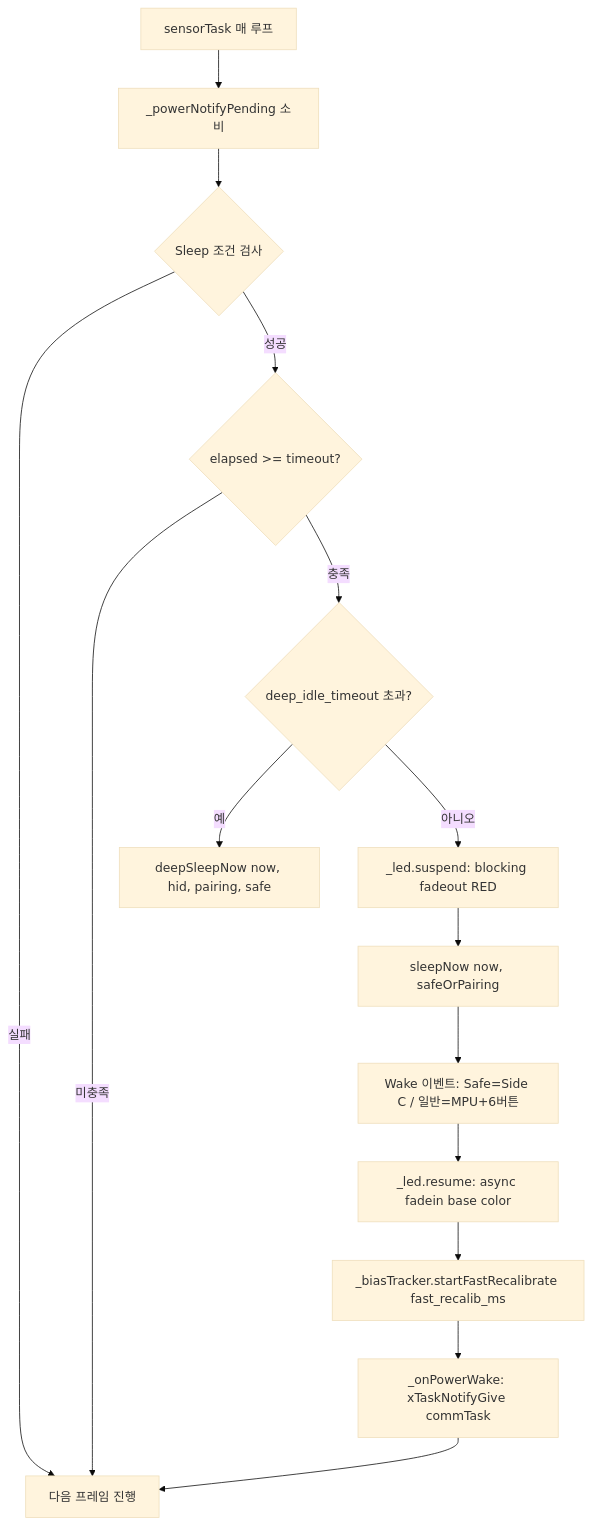
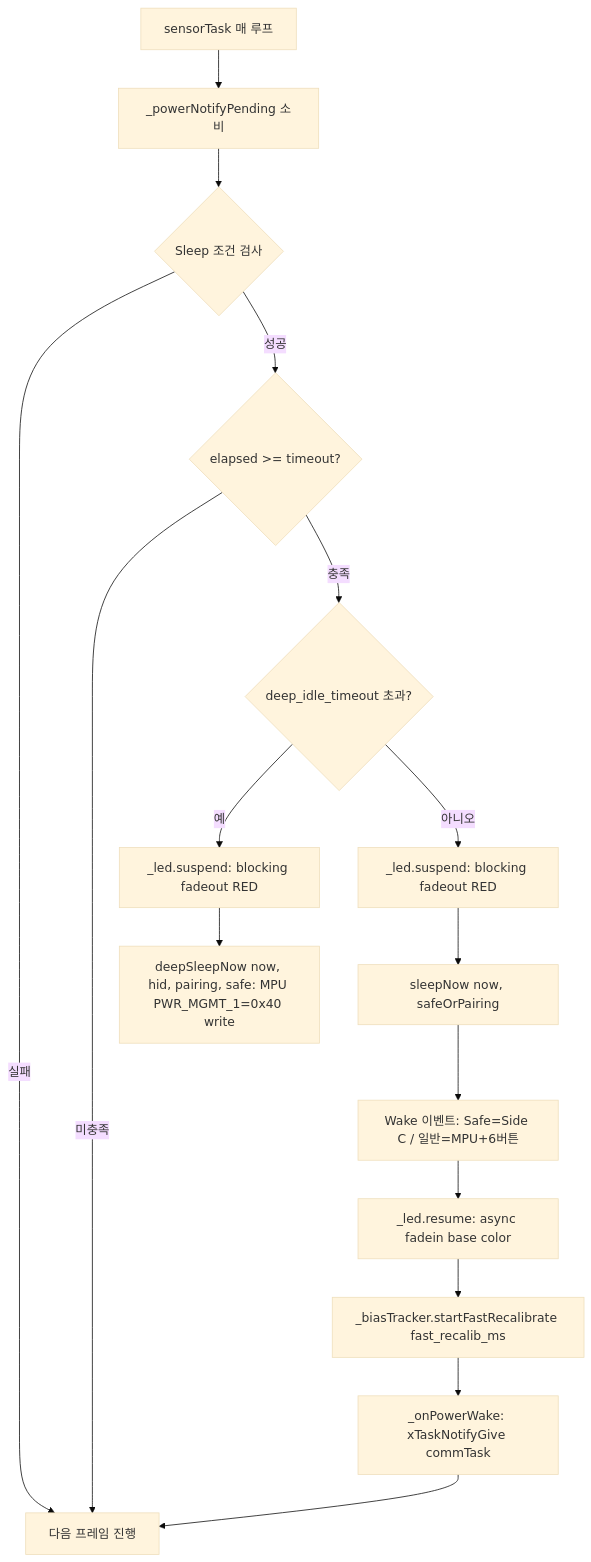
The sixth of 14 diagrams in src/v0415/docs_v0415/contract_doc/FLOW_0415.md (hosanglee-kr/esp32_AirMouse_002), drawn with Mermaid (base theme) before and after one commit. The commit also changed other lines of this file and 4 other files, not shown here.

First line of the commit message:
docs(contract): 5대 계약 산출물 최신화 및 FLOW Mermaid 14종 렌더링 무결성 보완

````diff
--- a/src/v0415/docs_v0415/contract_doc/FLOW_0415.md
+++ b/src/v0415/docs_v0415/contract_doc/FLOW_0415.md
@@ -251,19 +262,20 @@
 ```mermaid
 flowchart TD
-    Loop[sensorTask 매 루프] --> Defer[_powerNotifyPending 소비]
-    Defer --> Cond{Sleep 조건 검사}
-    Cond -- 실패 --> Next[다음 프레임 진행]
-    Cond -- 성공 --> TimeoutCheck{elapsed >= timeout?}
-    TimeoutCheck -- 미충족 --> Next
-    TimeoutCheck -- 충족 --> DeepCheck{deep_idle_timeout 초과?}
+    Loop["sensorTask 매 루프"] --> Defer["_powerNotifyPending 소비"]
+    Defer --> Cond{"Sleep 조건 검사"}
+    Cond -- "실패" --> Next["다음 프레임 진행"]
+    Cond -- "성공" --> TimeoutCheck{"elapsed >= timeout?"}
+    TimeoutCheck -- "미충족" --> Next
+    TimeoutCheck -- "충족" --> DeepCheck{"deep_idle_timeout 초과?"}
     
-    DeepCheck -- 예 --> Deep[deepSleepNow now, hid, pairing, safe]
-    DeepCheck -- 아니오 --> LEDSuspend[_led.suspend: blocking fadeout RED]
-    LEDSuspend --> Sleep[sleepNow now, safeOrPairing]
+    DeepCheck -- "예" --> DeepLEDSuspend["_led.suspend: blocking fadeout RED"]
+    DeepLEDSuspend --> Deep["deepSleepNow now, hid, pairing, safe: MPU PWR_MGMT_1=0x40 write"]
+    DeepCheck -- "아니오" --> LEDSuspend["_led.suspend: blocking fadeout RED"]
+    LEDSuspend --> Sleep["sleepNow now, safeOrPairing"]
     
-    Sleep --> Wake[Wake 이벤트: Safe=Side C / 일반=MPU+6버튼]
-    Wake --> LEDResume[_led.resume: async fadein base color]
-    LEDResume --> FastRecalib[_biasTracker.startFastRecalibrate fast_recalib_ms]
-    FastRecalib --> Notify[_onPowerWake: xTaskNotifyGive commTask]
+    Sleep --> Wake["Wake 이벤트: Safe=Side C / 일반=MPU+6버튼"]
+    Wake --> LEDResume["_led.resume: async fadein base color"]
+    LEDResume --> FastRecalib["_biasTracker.startFastRecalibrate fast_recalib_ms"]
+    FastRecalib --> Notify["_onPowerWake: xTaskNotifyGive commTask"]
     Notify --> Next
 ```
````
